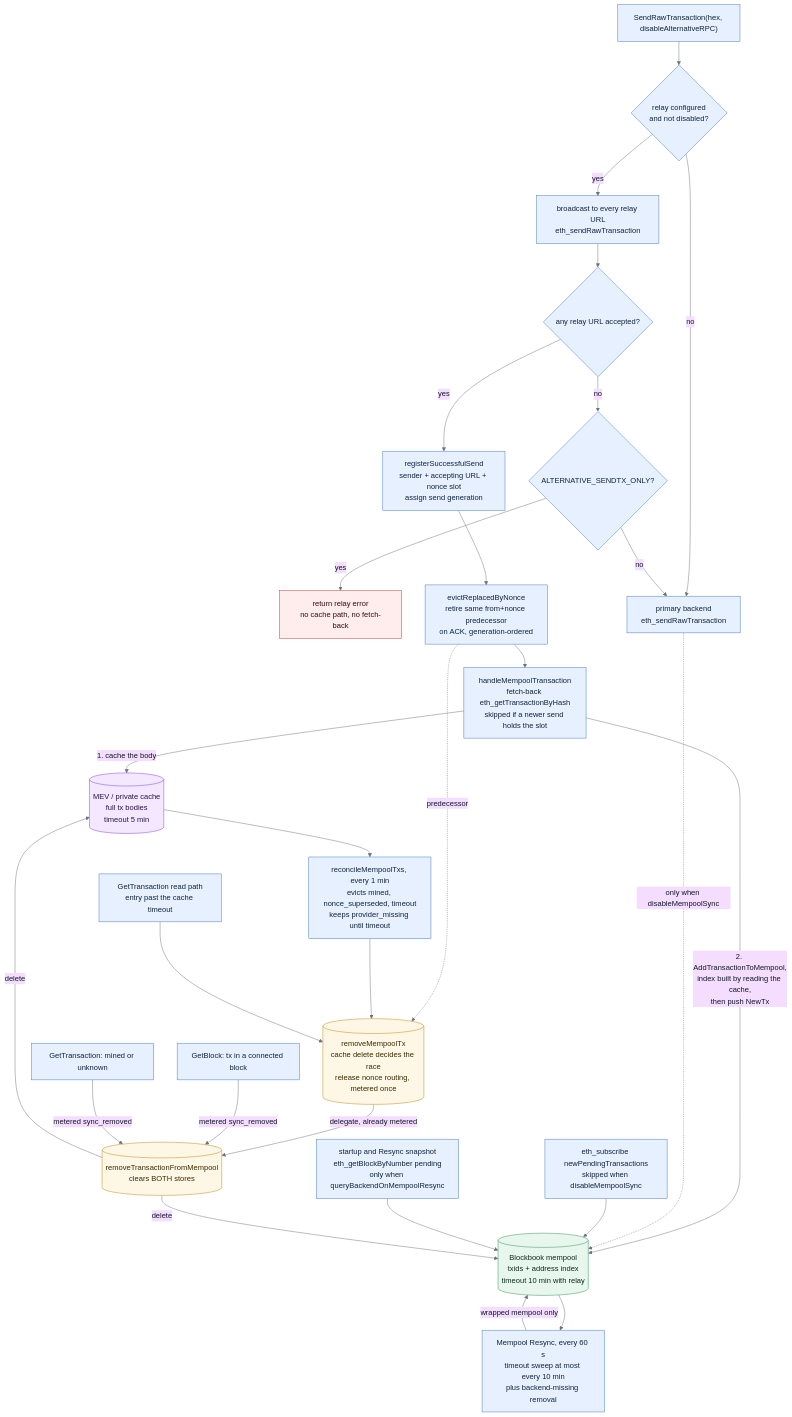
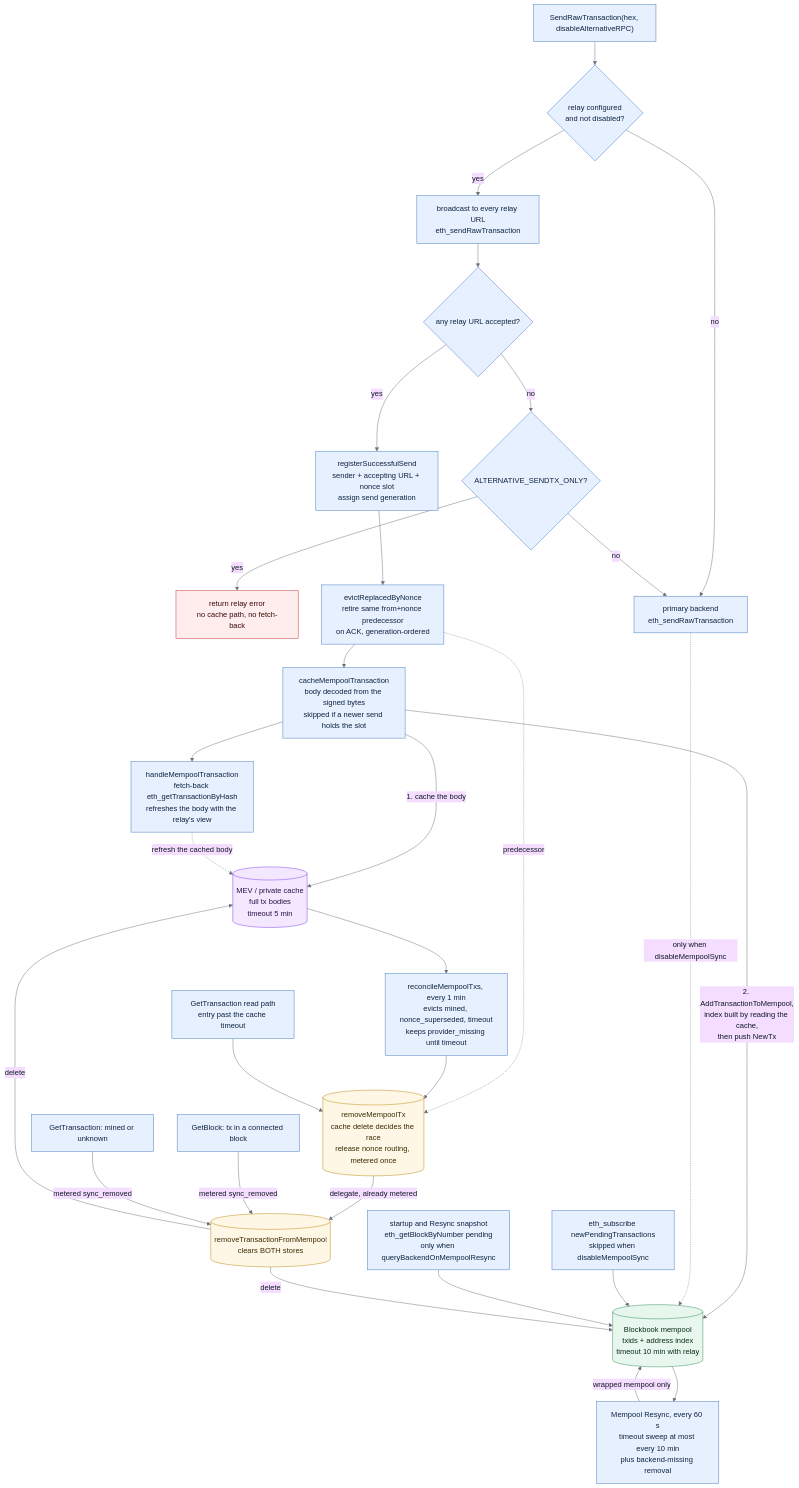
One commit to trezor/blockbook changed the first of 3 diagrams in docs/evm-send-mempools.md. Above: the diagram before and after it, drawn with Mermaid. The commit also changed other lines of this file and 5 other files, not shown here.

````diff
--- a/docs/evm-send-mempools.md
+++ b/docs/evm-send-mempools.md
@@ -33,64 +35,66 @@
 ```mermaid
 %%{init: {"theme": "base", "themeVariables": {"lineColor": "#6b7280", "primaryTextColor": "#111827"}}}%%
 flowchart TD
     send["SendRawTransaction(hex, disableAlternativeRPC)"]
     route{"relay configured<br/>and not disabled?"}
     relay["broadcast to every relay URL<br/>eth_sendRawTransaction"]
     acc{"any relay URL accepted?"}
     only{"ALTERNATIVE_SENDTX_ONLY?"}
     fail["return relay error<br/>no cache path, no fetch-back"]
     primary["primary backend<br/>eth_sendRawTransaction"]
     reg["registerSuccessfulSend<br/>sender + accepting URL + nonce slot<br/>assign send generation"]
     ackevict["evictReplacedByNonce<br/>retire same from+nonce predecessor<br/>on ACK, generation-ordered"]
-    handle["handleMempoolTransaction<br/>fetch-back eth_getTransactionByHash<br/>skipped if a newer send holds the slot"]
+    cache["cacheMempoolTransaction<br/>body decoded from the signed bytes<br/>skipped if a newer send holds the slot"]
+    handle["handleMempoolTransaction<br/>fetch-back eth_getTransactionByHash<br/>refreshes the body with the relay's view"]
 
     ws["eth_subscribe newPendingTransactions<br/>skipped when disableMempoolSync"]
     snap["startup and Resync snapshot<br/>eth_getBlockByNumber pending<br/>only when queryBackendOnMempoolResync"]
 
     alt[("MEV / private cache<br/>full tx bodies<br/>timeout 5 min")]
     pub[("Blockbook mempool<br/>txids + address index<br/>timeout 10 min with relay")]
 
     altrec["reconcileMempoolTxs, every 1 min<br/>evicts mined, nonce_superseded, timeout<br/>keeps provider_missing until timeout"]
     pubrec["Mempool Resync, every 60 s<br/>timeout sweep at most every 10 min<br/>plus backend-missing removal"]
 
     readalt["GetTransaction read path<br/>entry past the cache timeout"]
     blk["GetBlock: tx in a connected block"]
     readmined["GetTransaction: mined or unknown"]
 
     altrm[("removeMempoolTx<br/>cache delete decides the race<br/>release nonce routing, metered once")]
     bothrm[("removeTransactionFromMempool<br/>clears BOTH stores")]
 
     send --> route
     route -- "no" --> primary
     route -- "yes" --> relay --> acc
     acc -- "no" --> only
     only -- "yes" --> fail
     only -- "no" --> primary
-    acc -- "yes" --> reg --> ackevict --> handle
+    acc -- "yes" --> reg --> ackevict --> cache --> handle
     ackevict -. "predecessor" .-> altrm
-    handle -- "1. cache the body" --> alt
-    handle -- "2. AddTransactionToMempool,<br/>index built by reading the cache,<br/>then push NewTx" --> pub
+    cache -- "1. cache the body" --> alt
+    cache -- "2. AddTransactionToMempool,<br/>index built by reading the cache,<br/>then push NewTx" --> pub
+    handle -. "refresh the cached body" .-> alt
     primary -. "only when disableMempoolSync" .-> pub
     ws --> pub
     snap --> pub
 
     alt --> altrec --> altrm
     readalt --> altrm
     altrm -- "delegate, already metered" --> bothrm
     blk -- "metered sync_removed" --> bothrm
     readmined -- "metered sync_removed" --> bothrm
     bothrm -- "delete" --> alt
     bothrm -- "delete" --> pub
     pub --> pubrec -- "wrapped mempool only" --> pub
 
     classDef step fill:#e7f0ff,stroke:#4078c0,color:#10243e;
     classDef mev fill:#f3e8ff,stroke:#7c3aed,color:#2b1148;
     classDef pubstore fill:#e8f7ed,stroke:#2e8b57,color:#0b2c19;
     classDef sink fill:#fff7e6,stroke:#b8860b,color:#3a2a00;
     classDef error fill:#ffecec,stroke:#c03535,color:#3b0a0a;
-    class send,route,relay,acc,only,primary,reg,ackevict,handle,ws,snap,altrec,pubrec,readalt,blk,readmined step;
+    class send,route,relay,acc,only,primary,reg,ackevict,cache,handle,ws,snap,altrec,pubrec,readalt,blk,readmined step;
     class alt mev;
     class pub pubstore;
     class altrm,bothrm sink;
     class fail error;
 ```
````
